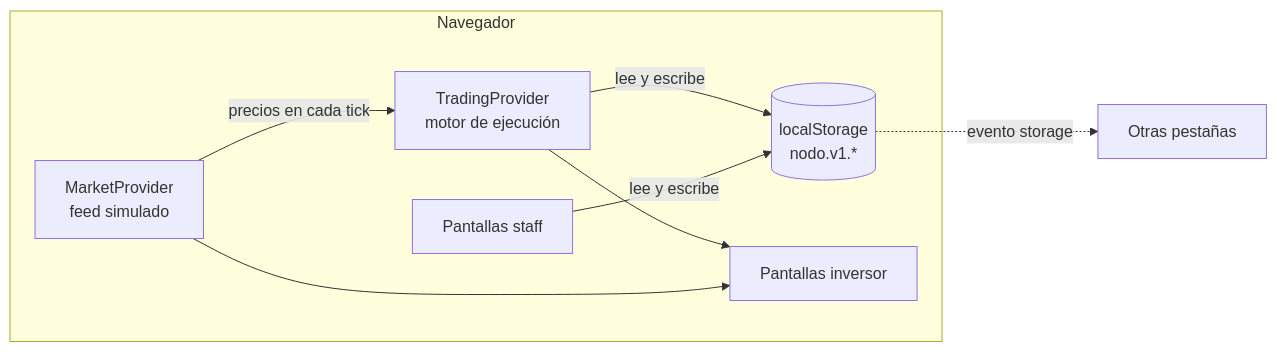
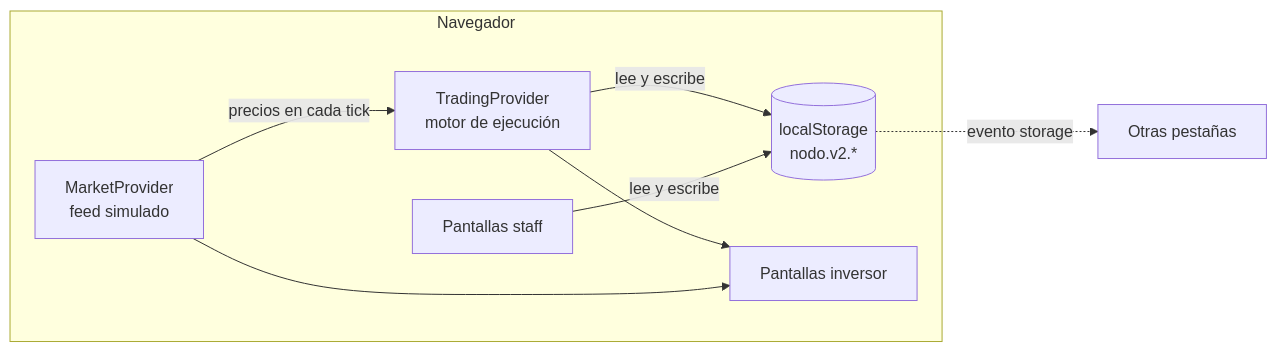
Before and after one commit to geroo03/TraderNOVA: the diagram in README.md, drawn with Mermaid. The commit also changed other lines of this file, not shown here.

Commit message:
docs: document market hours, treasury flow, account status and testing

````diff
--- a/README.md
+++ b/README.md
@@ -103,11 +104,11 @@
 ```mermaid
 flowchart LR
   subgraph Navegador
     MP[MarketProvider<br/>feed simulado] -- precios en cada tick --> TP[TradingProvider<br/>motor de ejecución]
-    TP -- lee y escribe --> LS[(localStorage<br/>nodo.v1.*)]
+    TP -- lee y escribe --> LS[(localStorage<br/>nodo.v2.*)]
     ST[Pantallas staff] -- lee y escribe --> LS
     TP --> UI[Pantallas inversor]
     MP --> UI
   end
   LS -. evento storage .-> OT[Otras pestañas]
 ```
````
